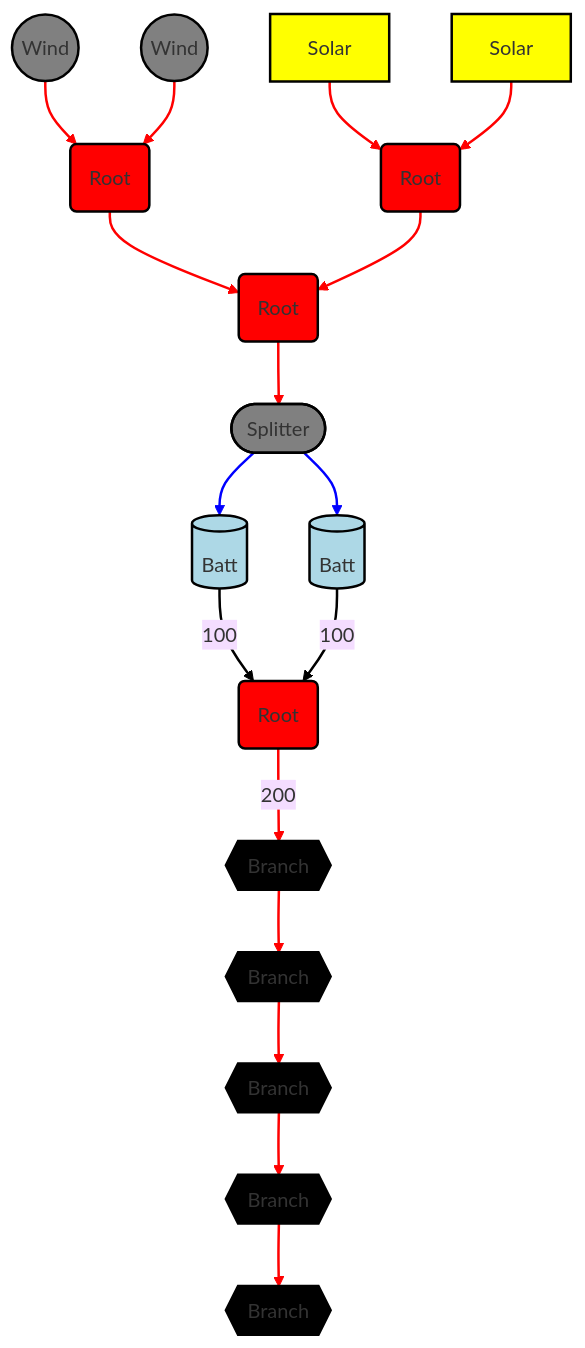
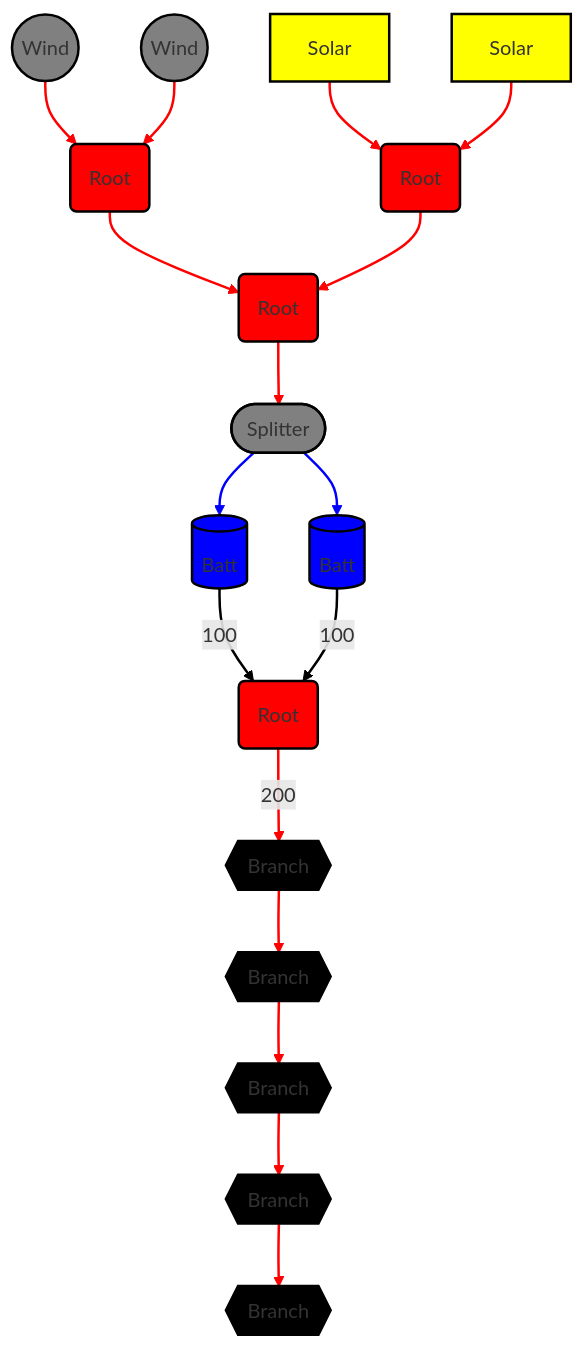
One commit to ZareMate/rust-logistics changed the diagram in power/power-example.md. Above: the diagram before and after it, drawn with Mermaid. The commit also changed 1 other file, not shown here.

Commit message:
fixed formatting

````diff
--- a/power/power-example.md
+++ b/power/power-example.md
@@ -1,59 +1,58 @@
 ```mermaid
-  %%{init: {'theme':'base'}}%%
   graph TD;
     %% Class Definitions
     classDef root fill:#ff0000,stroke:#000,stroke-width:2,color:#fff; %% Red background, white text
     classDef branch fill:#000000,stroke:#000,stroke-width:2,color:#fff; %% Black background, white text
     classDef wind fill:gray,stroke:#000,stroke-width:2,color:#fff; %% Grey background, white text circle
     classDef solar fill:yellow,stroke:#000,stroke-width:2,color:#000; %% Yellow background, black text
-    classDef batt fill:#add8e6,stroke:#000,stroke-width:2,color:#000; %% Light blue background, black text
+    classDef batt fill:blue,stroke:#000,stroke-width:2,color:#000; %% Light blue background, black text
     classDef splitter fill:gray,stroke:#000,stroke-width:2,color:#000; %% Light grey background, black text
   
     Wind1((Wind))
     Wind2((Wind))
     Solar1[Solar]
     Solar2[Solar]
     Root1(Root)
     Root2(Root)
     Root3(Root)
     Root4(Root)
     Splitter1([Splitter])
     Batt1[(Batt)]
     Batt2[(Batt)]
     Branch1{{Branch}}
     Branch2{{Branch}}
     Branch3{{Branch}}
     Branch4{{Branch}}
     Branch5{{Branch}}
 
     %% Graph Nodes
     Wind1 -->| | Root1;
     Wind2 -->| | Root1;
     Solar1 -->| | Root2;
     Solar2 -->| | Root2;
     Root1 -->| | Root3;
     Root2 -->| | Root3;
     Root3 -->| | Splitter1;
     Splitter1 -->| | Batt1;
     Splitter1 -->| | Batt2;
     Batt1 -->|100| Root4;
     Batt2 -->|100| Root4;
     Root4 -->|200| Branch1;
     Branch1 --> Branch2;
     Branch2 --> Branch3;
     Branch3 --> Branch4;
     Branch4 --> Branch5;
 
     %% Link Styles
     linkStyle 0,1,2,3,4,5,6,11,12,13,14,15 stroke:red,stroke-width:2;
     linkStyle 7,8 stroke:blue,stroke-width:2;
     linkStyle 9,10 stroke:black,stroke-width:2;
 
     %% Class Assignments
     class Root1,Root2,Root3,Root4 root;
     class Branch1,Branch2,Branch3,Branch4,Branch5 branch;
     class Wind1,Wind2 wind;
     class Solar1,Solar2 solar;
     class Batt1,Batt2 batt;
     class Splitter1 splitter;
 ```
````
